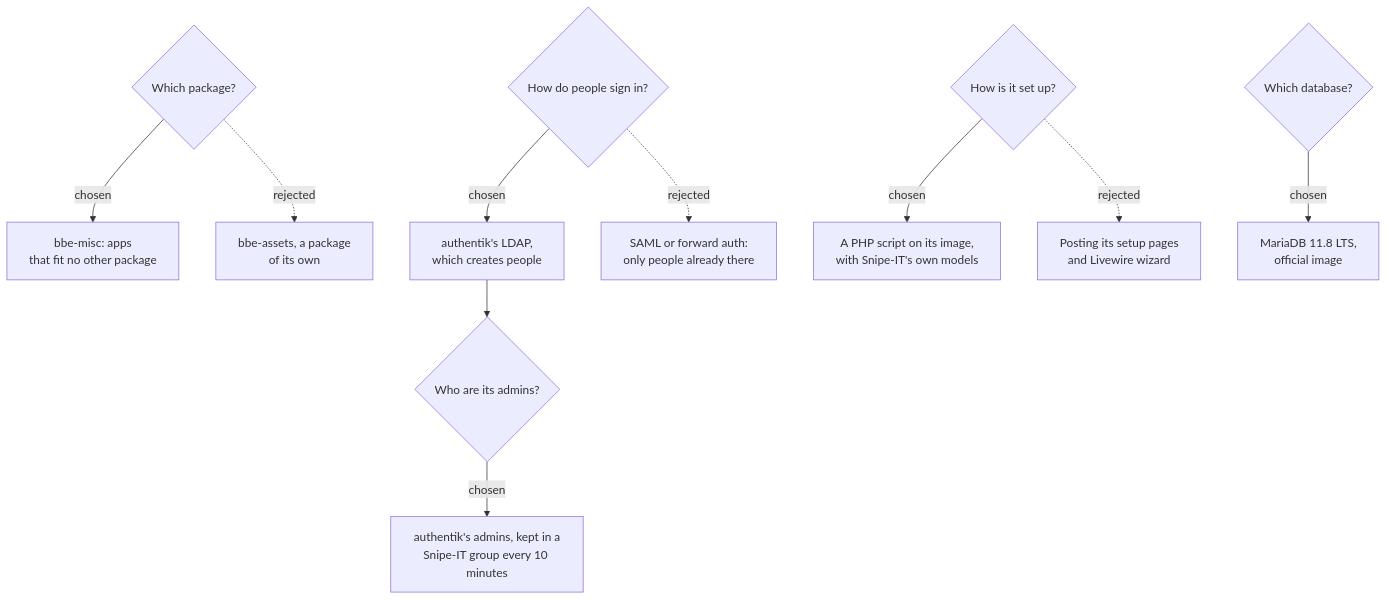
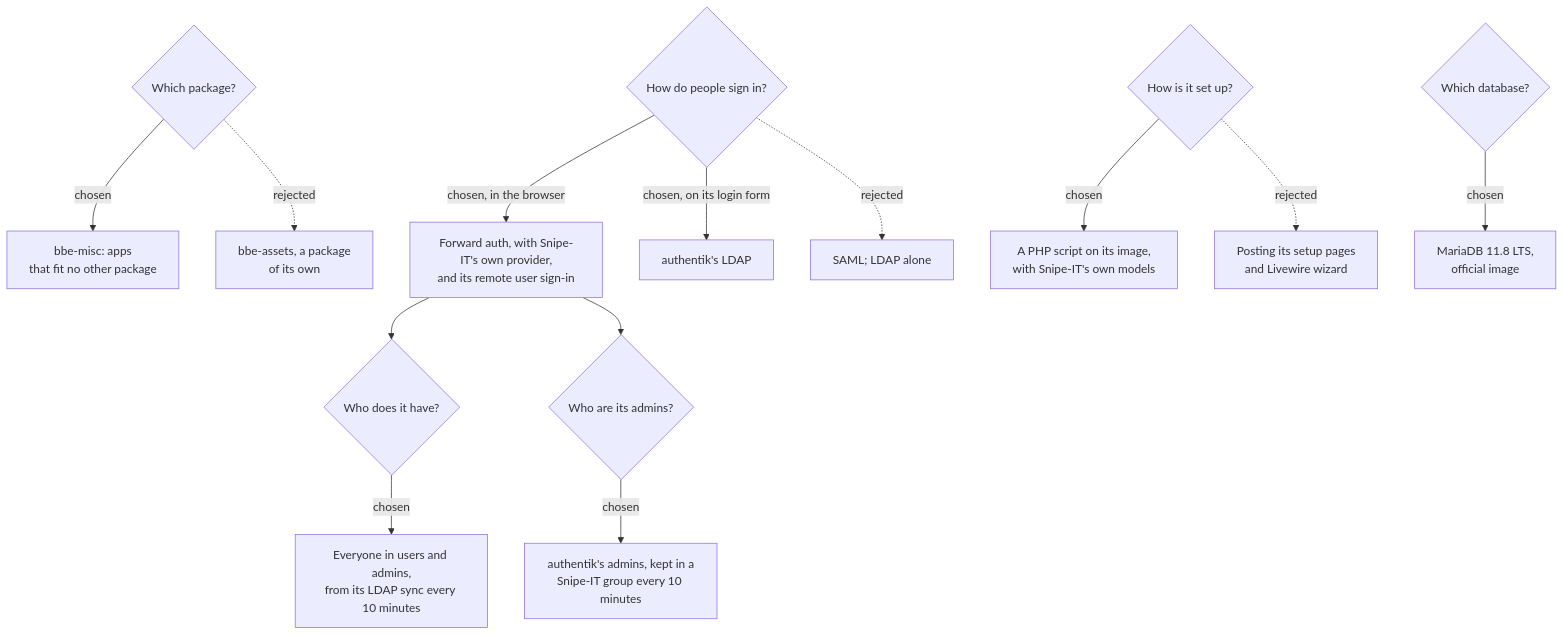
One commit to Brains-Beyond-Expectations/bbe-charts changed the diagram in docs/decisions/0009-snipe-it.md. Above: the diagram before and after it, drawn with Mermaid. The commit also changed other lines of this file and 3 other files, not shown here.

First line of the commit message:
docs: record signing in to Snipe-IT with authentik's session, and autobrr

````diff
--- a/docs/decisions/0009-snipe-it.md
+++ b/docs/decisions/0009-snipe-it.md
@@ -28,20 +29,23 @@
 ```mermaid
 flowchart TD
     Q1{Which package?}
     Q1 -->|chosen| A1[bbe-misc: apps<br/>that fit no other package]
     Q1 -.->|rejected| B1[bbe-assets, a package<br/>of its own]
 
     Q2{How do people sign in?}
-    Q2 -->|chosen| A2[authentik's LDAP,<br/>which creates people]
-    Q2 -.->|rejected| B2[SAML or forward auth:<br/>only people already there]
+    Q2 -->|chosen, in the browser| A2[Forward auth, with Snipe-IT's own provider,<br/>and its remote user sign-in]
+    Q2 -->|chosen, on its login form| C2[authentik's LDAP]
+    Q2 -.->|rejected| B2[SAML; LDAP alone]
+    A2 --> Q6{Who does it have?}
+    Q6 -->|chosen| A6[Everyone in users and admins,<br/>from its LDAP sync every 10 minutes]
 
     A2 --> Q3{Who are its admins?}
     Q3 -->|chosen| A3[authentik's admins, kept in a<br/>Snipe-IT group every 10 minutes]
 
     Q4{How is it set up?}
     Q4 -->|chosen| A4[A PHP script on its image,<br/>with Snipe-IT's own models]
     Q4 -.->|rejected| B4[Posting its setup pages<br/>and Livewire wizard]
 
     Q5{Which database?}
     Q5 -->|chosen| A5[MariaDB 11.8 LTS,<br/>official image]
 ```
````
